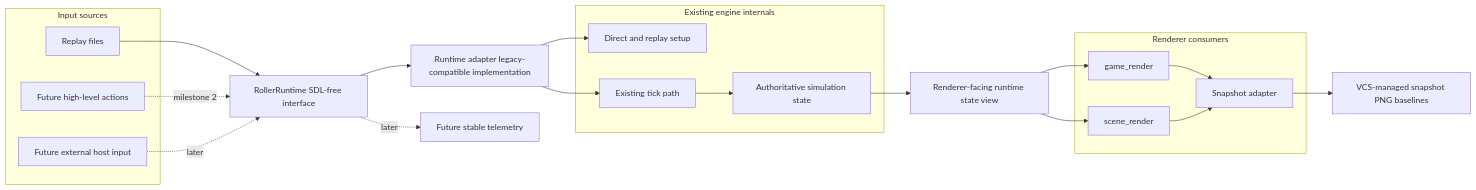
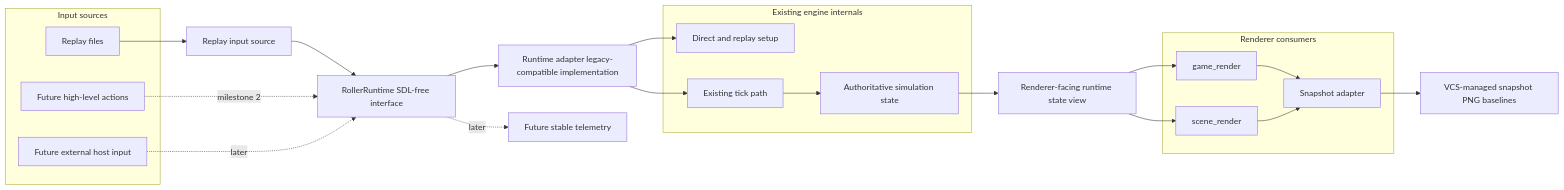
The diagram in docs/superpowers/specs/2026-08-02-roller-runtime-design.md (FatalDecomp/ROLLER), drawn with Mermaid before and after one commit. The commit also changed other lines of this file and 1 other file, not shown here.

Commit message:
docs: keep replay loading outside RollerRuntime

````diff
--- a/docs/superpowers/specs/2026-08-02-roller-runtime-design.md
+++ b/docs/superpowers/specs/2026-08-02-roller-runtime-design.md
@@ -39,42 +39,44 @@
 ```mermaid
 flowchart LR
   subgraph Inputs[Input sources]
     Replay[Replay files]
     Scripted[Future high-level actions]
     Host[Future external host input]
   end
 
+  ReplaySource[Replay input source]
   Runtime[RollerRuntime SDL-free interface]
   Adapter[Runtime adapter legacy-compatible implementation]
   StateView[Renderer-facing runtime state view]
 
   subgraph Legacy[Existing engine internals]
     Setup[Direct and replay setup]
     Tick[Existing tick path]
     State[Authoritative simulation state]
   end
 
   subgraph Renderers[Renderer consumers]
     GameRender[game_render]
     SceneRender[scene_render]
     Snapshot[Snapshot adapter]
   end
 
   Baselines[VCS-managed snapshot PNG baselines]
   Telemetry[Future stable telemetry]
 
-  Replay --> Runtime
+  Replay --> ReplaySource
+  ReplaySource --> Runtime
   Scripted -. milestone 2 .-> Runtime
   Host -. later .-> Runtime
   Runtime --> Adapter
   Adapter --> Setup
   Adapter --> Tick
   Tick --> State
   State --> StateView
   StateView --> GameRender
   StateView --> SceneRender
   GameRender --> Snapshot
   SceneRender --> Snapshot
   Snapshot --> Baselines
   Runtime -. later .-> Telemetry
 ```
````
